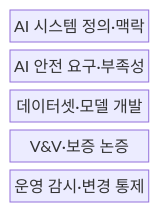
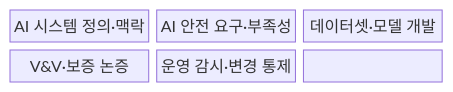
Before and after one commit to agnusdei1207/knowledge-base: the first of 2 diagrams in src/content/docs/notes/08-latest-tech/210_iso_pas_8800_ai_safety.md, drawn with Mermaid. The commit also changed other lines of this file and 228 other files, not shown here.

````diff
--- a/src/content/docs/notes/08-latest-tech/210_iso_pas_8800_ai_safety.md
+++ b/src/content/docs/notes/08-latest-tech/210_iso_pas_8800_ai_safety.md
@@ -53,9 +52,11 @@
 ```mermaid
 block-beta
-  columns 1
-  A["AI 시스템 정의·맥락"]
-  B["AI 안전 요구·부족성"]
-  C["데이터셋·모델 개발"]
-  D["V&V·보증 논증"]
-  E["운영 감시·변경 통제"]
+  columns 3
+  N0["AI 시스템 정의·맥락"]
+  N1["AI 안전 요구·부족성"]
+  N2["데이터셋·모델 개발"]
+  N3["V&V·보증 논증"]
+  N4["운영 감시·변경 통제"]
+  N0 --- N1 --- N2
+  N2 --- N3 --- N4
 ```
````
